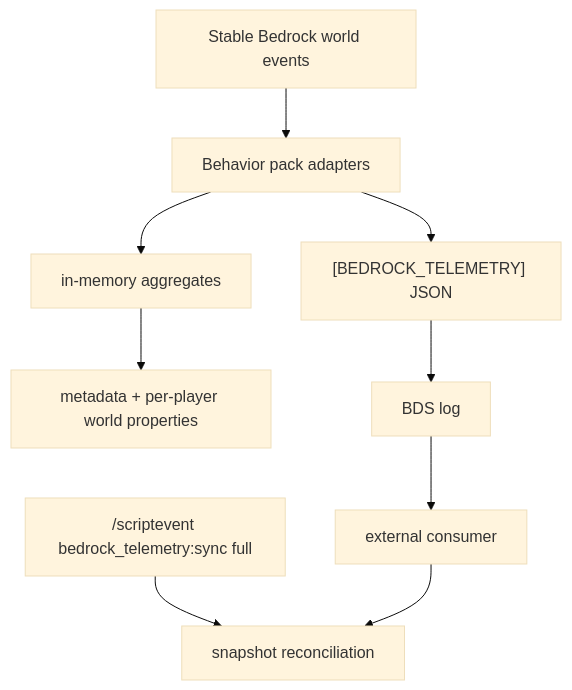
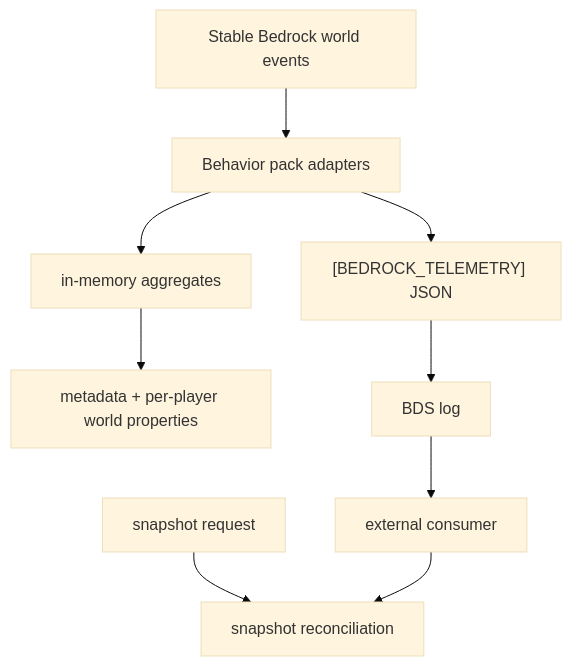
The first of 2 diagrams in packs/telemetry/README.md (dgaramos/craftcontrol), drawn with Mermaid (base theme) before and after one commit.

Commit message:
fix(docs): use semantic snapshot label

````diff
--- a/packs/telemetry/README.md
+++ b/packs/telemetry/README.md
@@ -25,8 +25,8 @@
 ```mermaid
 flowchart TD
     events["Stable Bedrock world events"] --> adapters["Behavior pack adapters"]
     adapters --> aggregates["in-memory aggregates"] --> properties["metadata + per-player world properties"]
     adapters --> telemetry["[BEDROCK_TELEMETRY] JSON"] --> log["BDS log"] --> consumer["external consumer"]
-    sync["/scriptevent bedrock_telemetry:sync full"] --> reconciliation["snapshot reconciliation"]
+    sync["snapshot request"] --> reconciliation["snapshot reconciliation"]
     consumer --> reconciliation
 ```
````
